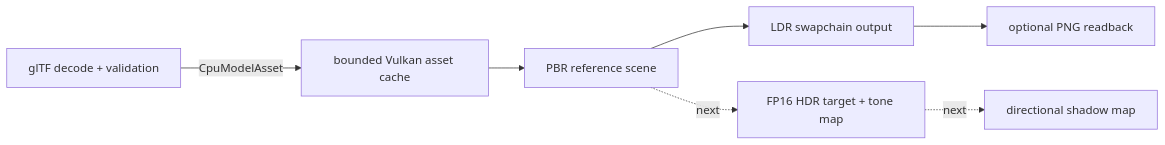
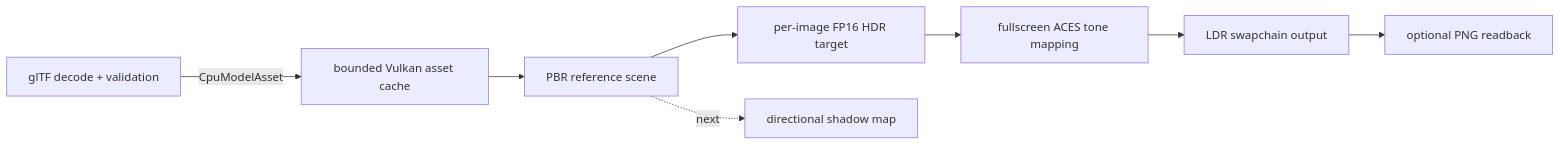
One commit to LarpingAgent/Project3.6k changed the diagram in docs/rendering/vulkan-pipeline.md. Above: the diagram before and after it, drawn with Mermaid. The commit also changed other lines of this file and 13 other files, not shown here.

Commit message:
feat(vulkan): render through FP16 HDR and tone mapping

````diff
--- a/docs/rendering/vulkan-pipeline.md
+++ b/docs/rendering/vulkan-pipeline.md
@@ -20,9 +21,10 @@
 ```mermaid
 flowchart LR
   CPU[glTF decode + validation] -->|CpuModelAsset| GPU[bounded Vulkan asset cache]
   GPU --> Scene[PBR reference scene]
-  Scene --> LDR[LDR swapchain output]
+  Scene --> HDR[per-image FP16 HDR target]
+  HDR --> ToneMap[fullscreen ACES tone mapping]
+  ToneMap --> LDR[LDR swapchain output]
   LDR --> Capture[optional PNG readback]
-  Scene -. next .-> HDR[FP16 HDR target + tone map]
-  HDR -. next .-> Shadow[directional shadow map]
+  Scene -. next .-> Shadow[directional shadow map]
 ```
````
